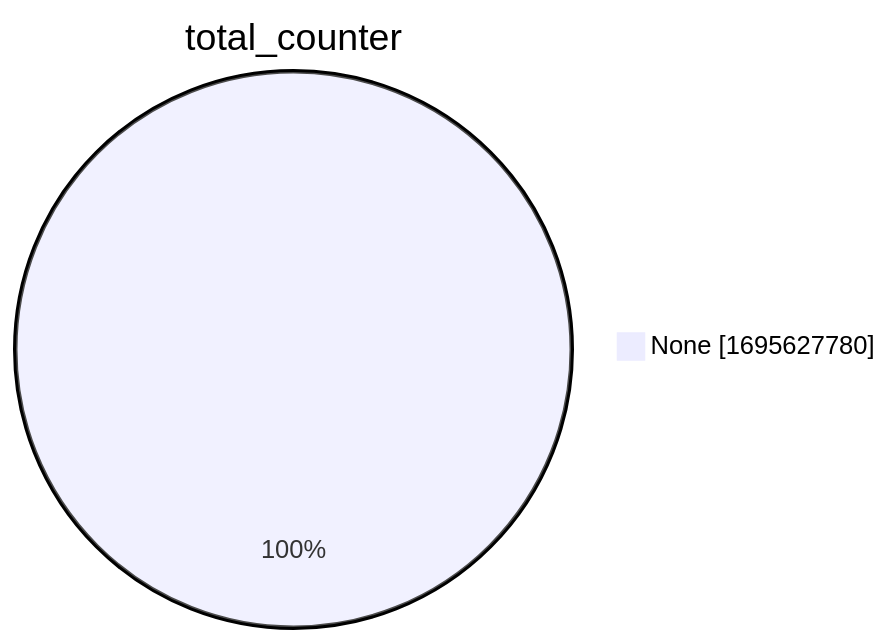
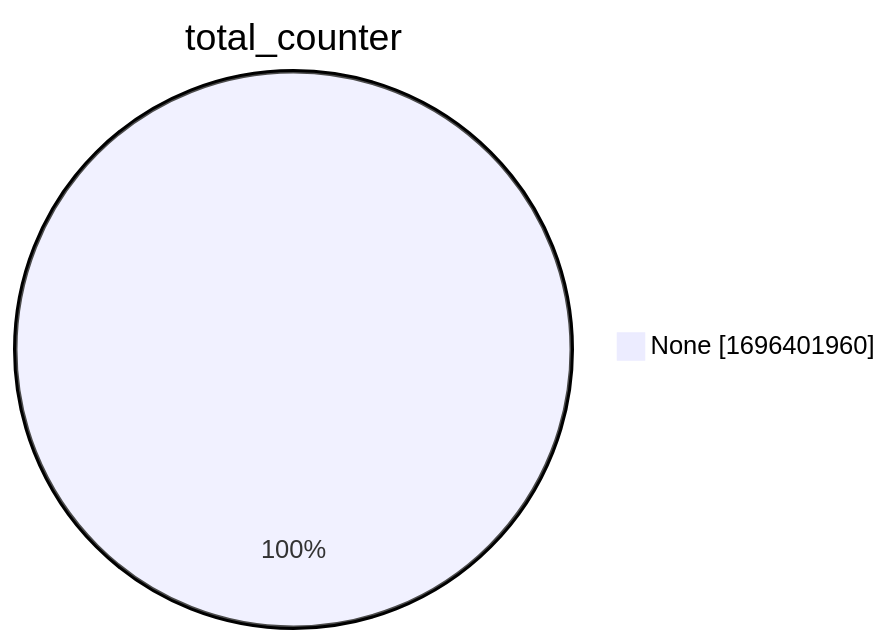
Before and after one commit to christiankrug/ctmonitor_visualization: the second of 15 diagrams in xenon2022/README.md, drawn with Mermaid. The commit also changed other lines of this file, not shown here.

````diff
--- a/xenon2022/README.md
+++ b/xenon2022/README.md
@@ -9,5 +9,5 @@
 ```mermaid
 pie showData
 title total_counter
-"None" :1695627780
+"None" :1696401960
 ```
````
